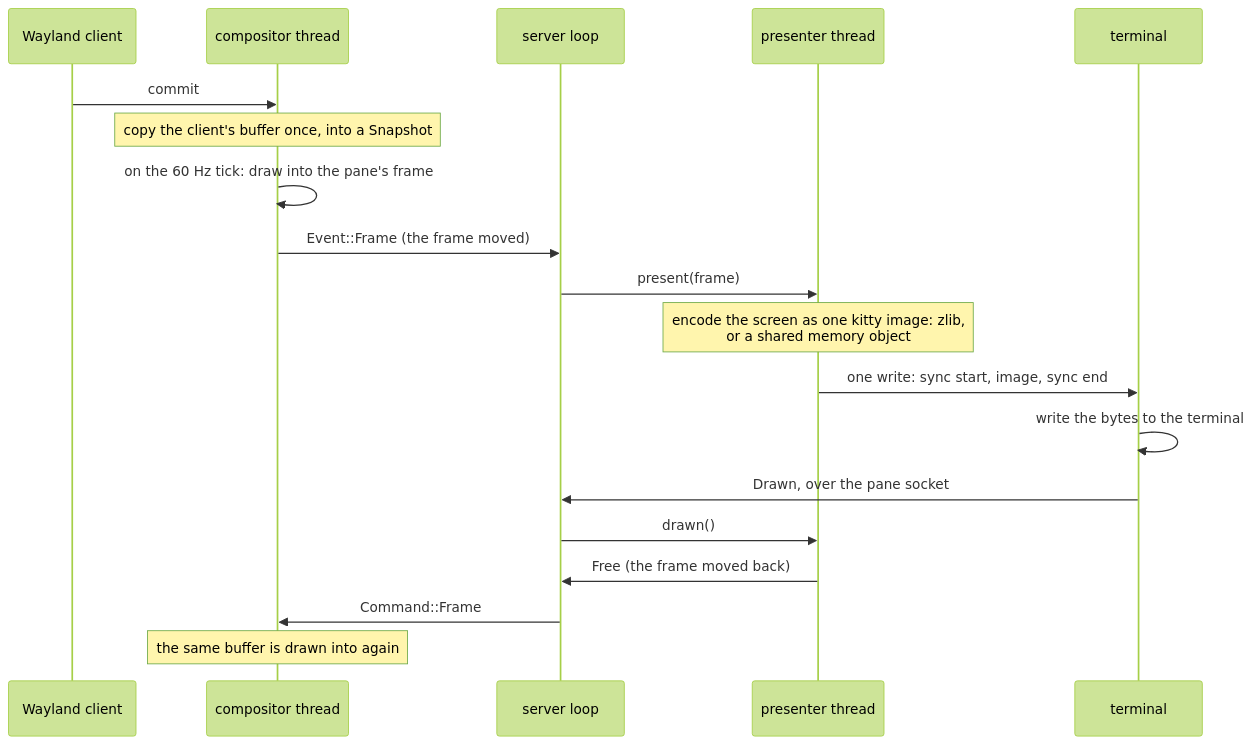
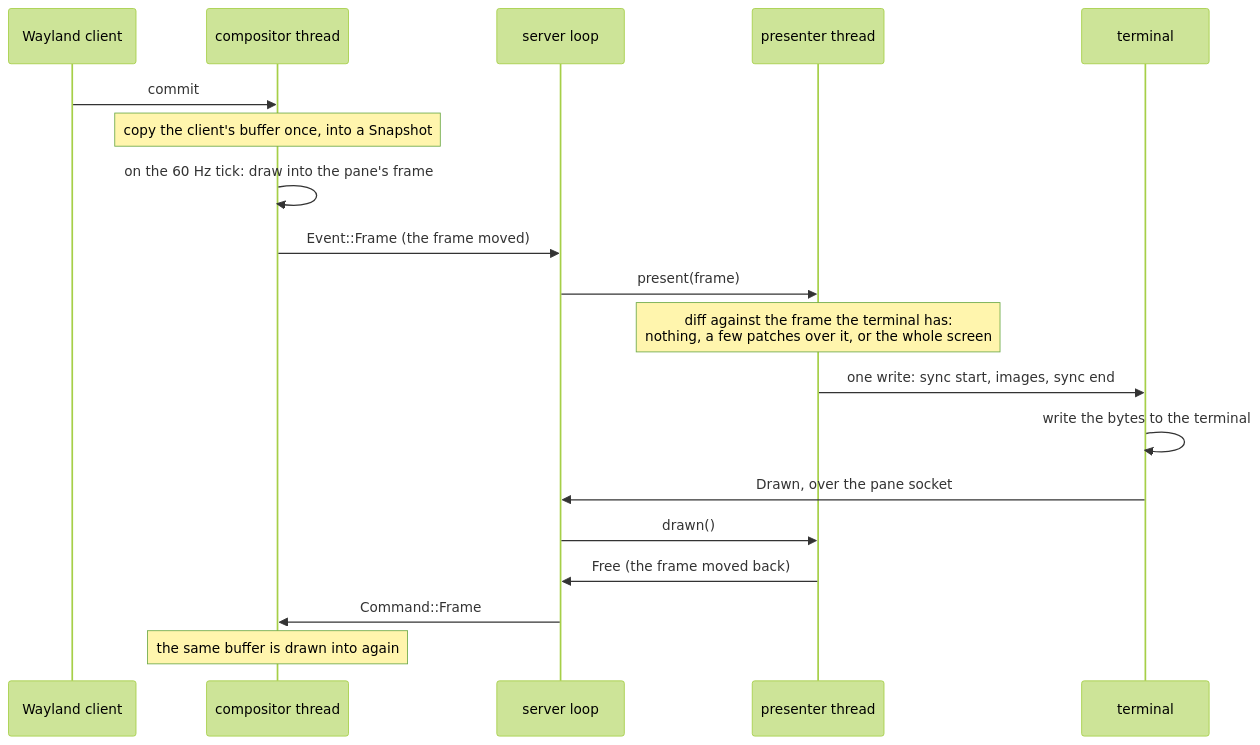
The second of 4 diagrams in readme.md (vidhanio/meowland), drawn with Mermaid (forest theme) before and after one commit. The commit also changed other lines of this file and 8 other files, not shown here.

````diff
--- a/readme.md
+++ b/readme.md
@@ -51,22 +54,22 @@
 ```mermaid
 sequenceDiagram
     participant W as Wayland client
     participant C as compositor thread
     participant S as server loop
     participant P as presenter thread
     participant T as terminal
 
     W->>C: commit
     Note over C: copy the client's buffer once, into a Snapshot
     C->>C: on the 60 Hz tick: draw into the pane's frame
     C->>S: Event::Frame (the frame moved)
     S->>P: present(frame)
-    Note over P: encode the screen as one kitty image: zlib,<br/>or a shared memory object
-    P->>T: one write: sync start, image, sync end
+    Note over P: diff against the frame the terminal has:<br/>nothing, a few patches over it, or the whole screen
+    P->>T: one write: sync start, images, sync end
     T->>T: write the bytes to the terminal
     T->>S: Drawn, over the pane socket
     S->>P: drawn()
     P->>S: Free (the frame moved back)
     S->>C: Command::Frame
     Note over C: the same buffer is drawn into again
 ```
````
